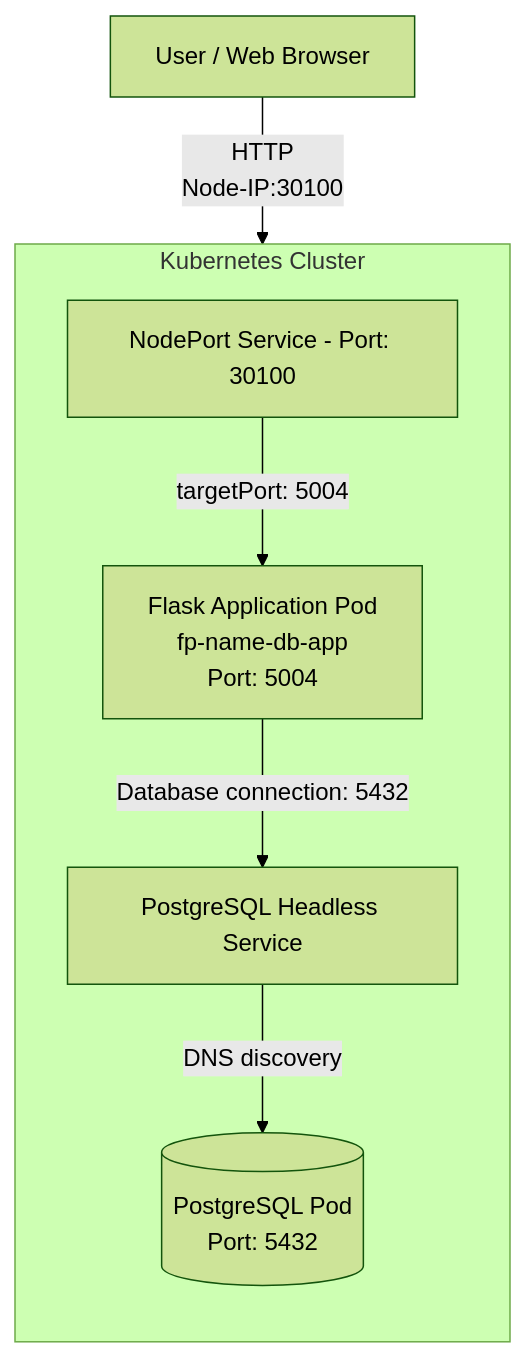
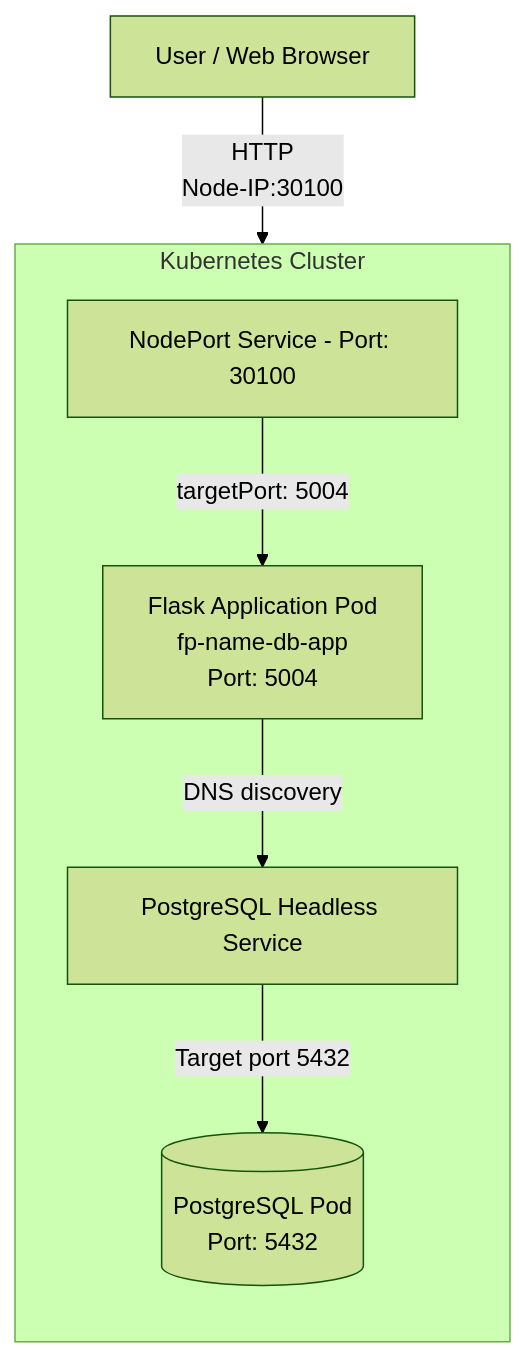
The diagram in postgres-flask-sample01/README.md (b-ShakeriFard/microservices), drawn with Mermaid (forest theme) before and after one commit. The commit also changed other lines of this file, not shown here.

Commit message:
mermaid updated on README.md

````diff
--- a/postgres-flask-sample01/README.md
+++ b/postgres-flask-sample01/README.md
@@ -14,25 +14,25 @@
 ```mermaid
 flowchart TB
     User["User / Web Browser"]
 
     subgraph K3S["Kubernetes Cluster"]
         direction TB
 
     
 
             NodePort["NodePort Service - Port: 30100"]
 
             Flask["Flask Application Pod<br/>fp-name-db-app<br/>Port: 5004"]
 
             Headless["PostgreSQL Headless Service"]
 
             PostgreSQL[("PostgreSQL Pod<br/>Port: 5432")]
 
             NodePort -->|"targetPort: 5004"| Flask
-            Flask -->|"Database connection: 5432"| Headless
-            Headless -->|"DNS discovery"| PostgreSQL
+            Flask -->|"DNS discovery"| Headless
+            Headless -->|"Target port 5432"| PostgreSQL
         
     end
 
     User -->|"HTTP<br/>Node-IP:30100"| NodePort
 ```
````
